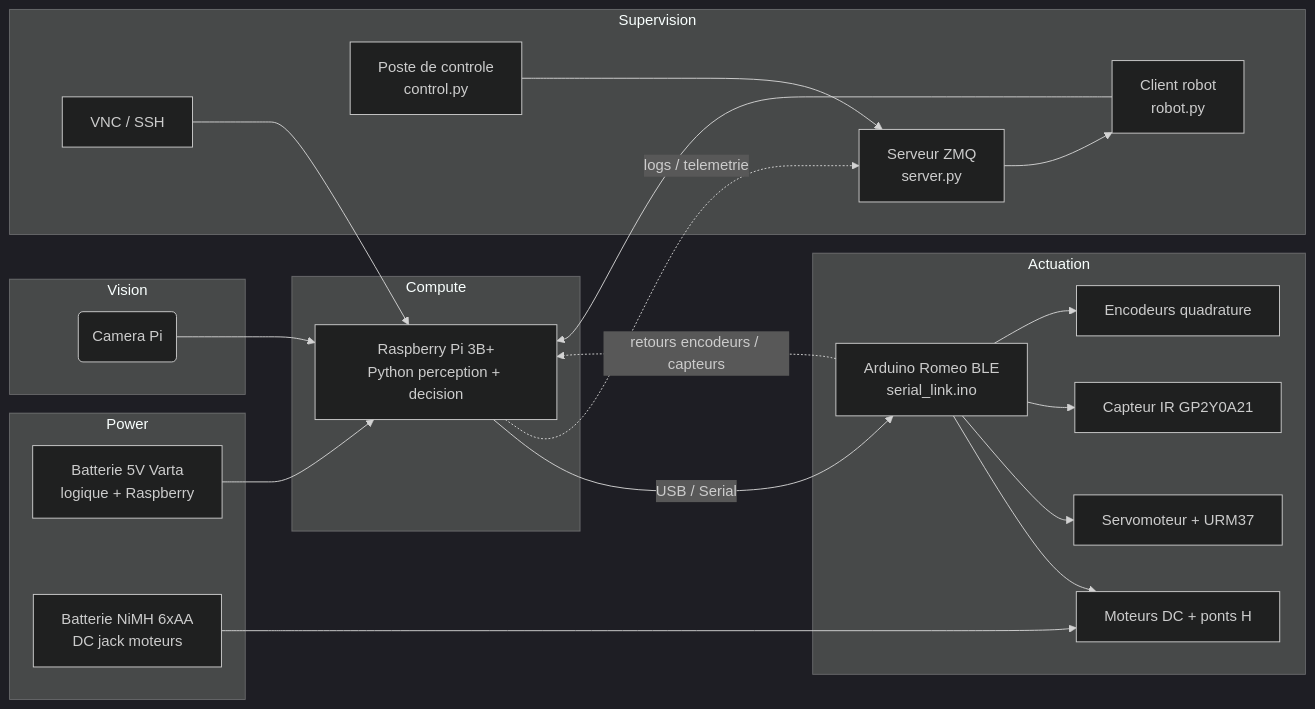
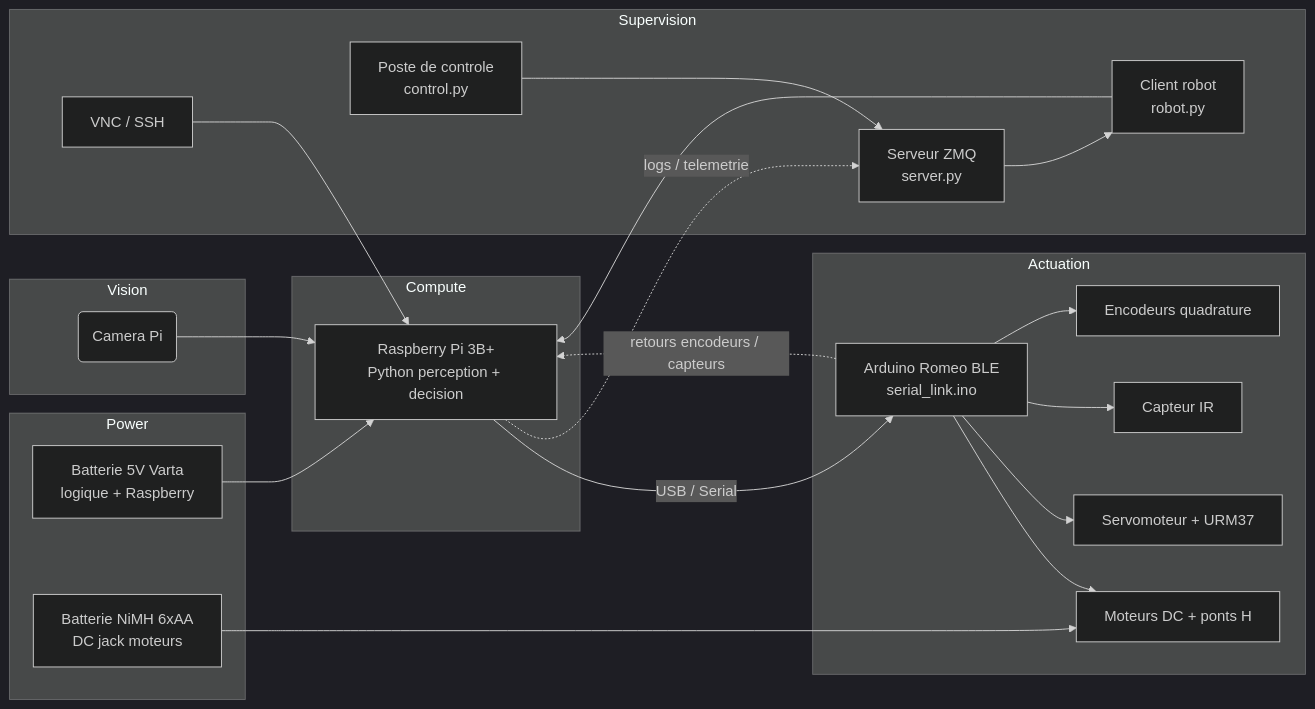
The diagram in 2_livrables/diagram.mmd (Loic7717/vac-ei), drawn with Mermaid (dark theme) before and after one commit. The commit also changed 866 other files, not shown here.

```diff
--- a/2_livrables/diagram.mmd
+++ b/2_livrables/diagram.mmd
@@ -1,46 +1,46 @@
 graph LR
     subgraph Vision
         CAM(Camera Pi)
     end
 
     subgraph Compute
         RPI[Raspberry Pi 3B+<br/>Python perception + decision]
     end
 
     subgraph Actuation
         ARD[Arduino Romeo BLE<br/>serial_link.ino]
         MOT[Moteurs DC + ponts H]
         SERVO[Servomoteur + URM37]
-        IR[Capteur IR GP2Y0A21]
+        IR[Capteur IR]
         ENC[Encodeurs quadrature]
     end
 
     subgraph Supervision
         ZMQ[Serveur ZMQ<br/>server.py]
         CTRL[Poste de controle<br/>control.py]
         ROBClient[Client robot<br/>robot.py]
         VNC[VNC / SSH]
     end
 
     subgraph Power
         BAT_LOGIQUE[Batterie 5V Varta<br/>logique + Raspberry]
         BAT_MOTEUR[Batterie NiMH 6xAA<br/>DC jack moteurs]
     end
 
     CAM --> RPI
     RPI -- USB / Serial --> ARD
     ARD --> MOT
     ARD --> SERVO
     ARD --> IR
     ARD --> ENC
 
     CTRL --> ZMQ
     ZMQ --> ROBClient
     ROBClient --> RPI
     VNC --> RPI
 
     BAT_LOGIQUE --> RPI
     BAT_MOTEUR --> MOT
 
     RPI -. logs / telemetrie .-> ZMQ
     ARD -. retours encodeurs / capteurs .-> RPI
```
